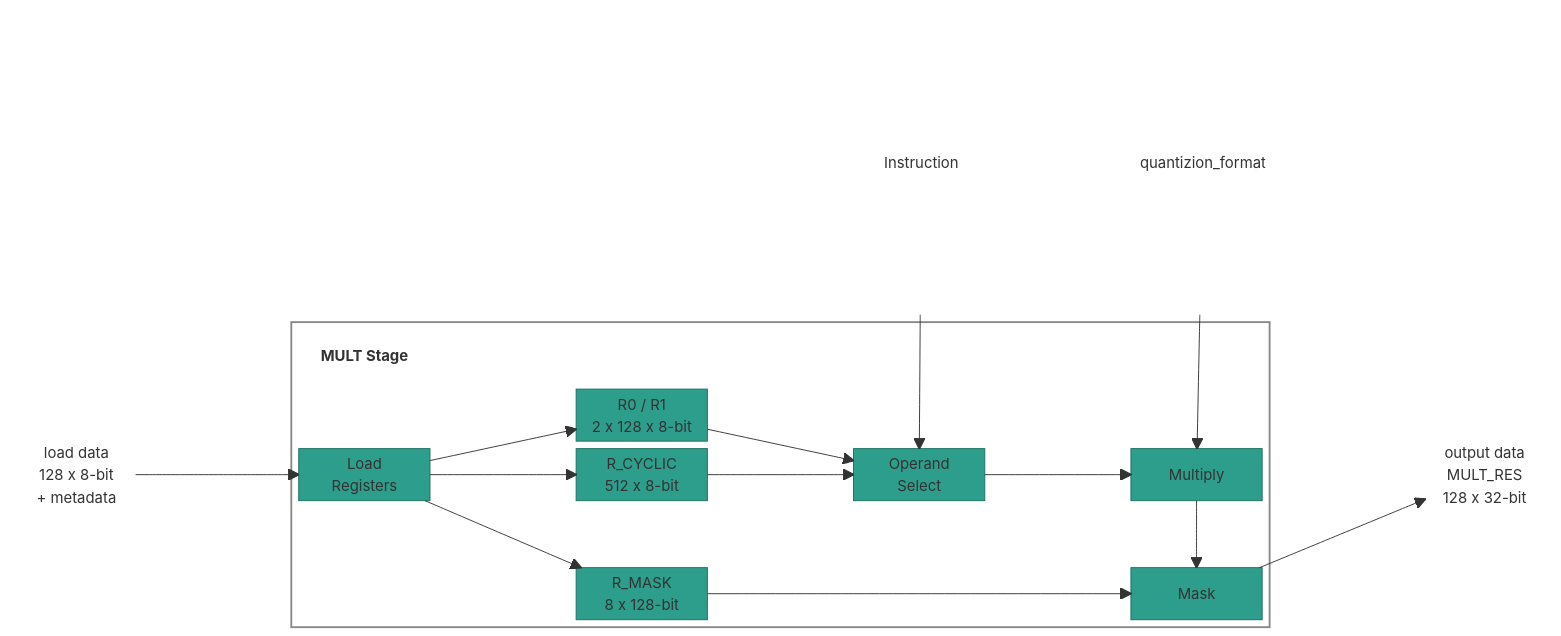
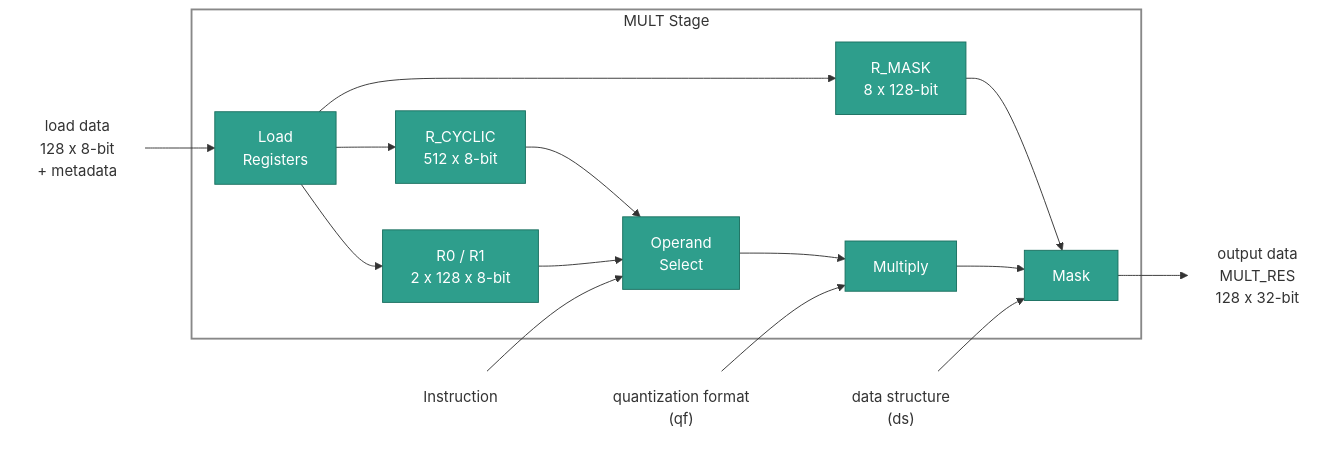
One commit to rechefe/ipu-emulator changed the diagram in docs/content/specs/ARCH-stage-mult.md. Above: the diagram before and after it, drawn with Mermaid. The commit also changed other lines of this file and 6 other files, not shown here.

````diff
--- a/docs/content/specs/ARCH-stage-mult.md
+++ b/docs/content/specs/ARCH-stage-mult.md
@@ -40,44 +41,36 @@
 ```mermaid
-block-beta
-    columns 11
-    space:6 INSTR["Instruction"] space FMT["quantizion_format"] space:2
-    block:INS:1
-        columns 1
-        LD_DATA["load data<br>128 x 8-bit<br>+ metadata"]
-    end
-    space
-    block:STAGE:7
-        columns 7
-        TITLE["MULT Stage"] space:6
-        space:2 RA["R0 / R1<br>2 x 128 x 8-bit"] space:4
-        LDW["Load<br>Registers"] space RC["R_CYCLIC<br>512 x 8-bit"] space SEL["Operand<br>Select"] space MUL["Multiply"]
-        space:7
-        space:2 RMASK["R_MASK<br>8 x 128-bit"] space:3 MASK["Mask"]
-    end
-    space
-    block:OUTS:1
-        columns 1
-        OUT_DATA["output data<br>MULT_RES<br>128 x 32-bit"]
+flowchart LR
+    LD_DATA["load data<br>128 x 8-bit<br>+ metadata"]:::io
+    INSTR["Instruction"]:::io
+    QF["quantization format<br>(qf)"]:::io
+    DS["data structure<br>(ds)"]:::io
+    OUT_DATA["output data<br>MULT_RES<br>128 x 32-bit"]:::io
+
+    subgraph STAGE["MULT Stage"]
+        LDW["Load<br>Registers"]:::blk
+        RA["R0 / R1<br>2 x 128 x 8-bit"]:::blk
+        RC["R_CYCLIC<br>512 x 8-bit"]:::blk
+        RMASK["R_MASK<br>8 x 128-bit"]:::blk
+        SEL["Operand<br>Select"]:::blk
+        MUL["Multiply"]:::blk
+        MASK["Mask"]:::blk
     end
 
     LD_DATA --> LDW
     LDW --> RA
     LDW --> RC
     LDW --> RMASK
     RA --> SEL
     RC --> SEL
     INSTR --> SEL
-    FMT --> MUL
     SEL --> MUL
+    QF --> MUL
     MUL --> MASK
     RMASK --> MASK
+    DS --> MASK
     MASK --> OUT_DATA
 
     classDef io fill:none,stroke:none
     classDef blk fill:#2e9e8c,stroke:#1a7060,color:#fff
-    classDef title fill:none,stroke:none,font-weight:bold
-    class LD_DATA,INSTR,FMT,OUT_DATA,INS,OUTS io
-    class LDW,RA,RC,RMASK,SEL,MUL,MASK blk
-    class TITLE title
     style STAGE fill:none,stroke:#888,stroke-width:2px
 ```
````
